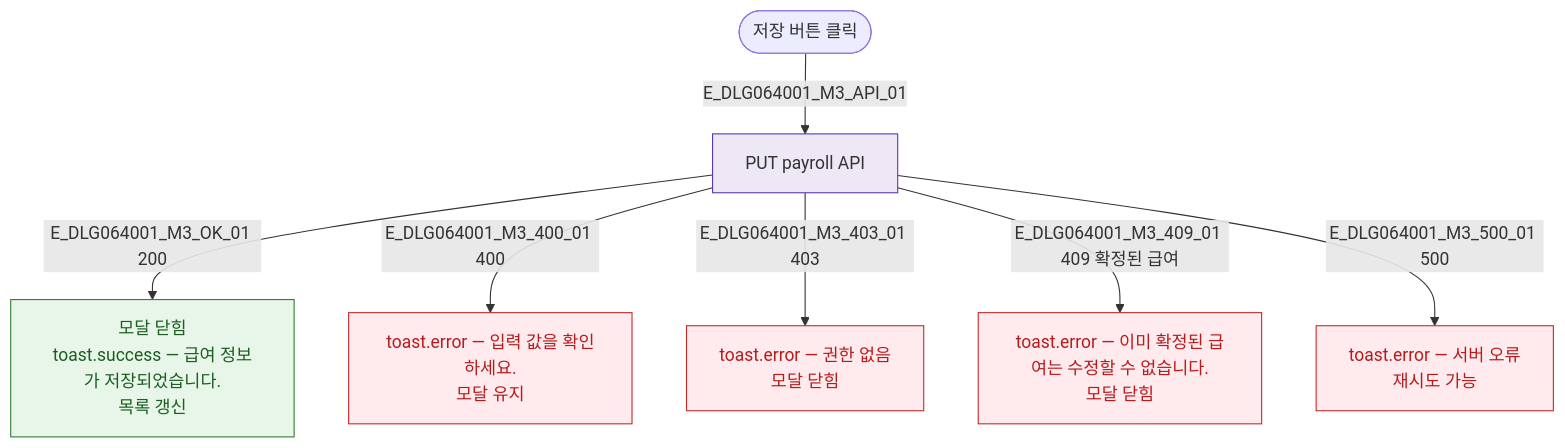
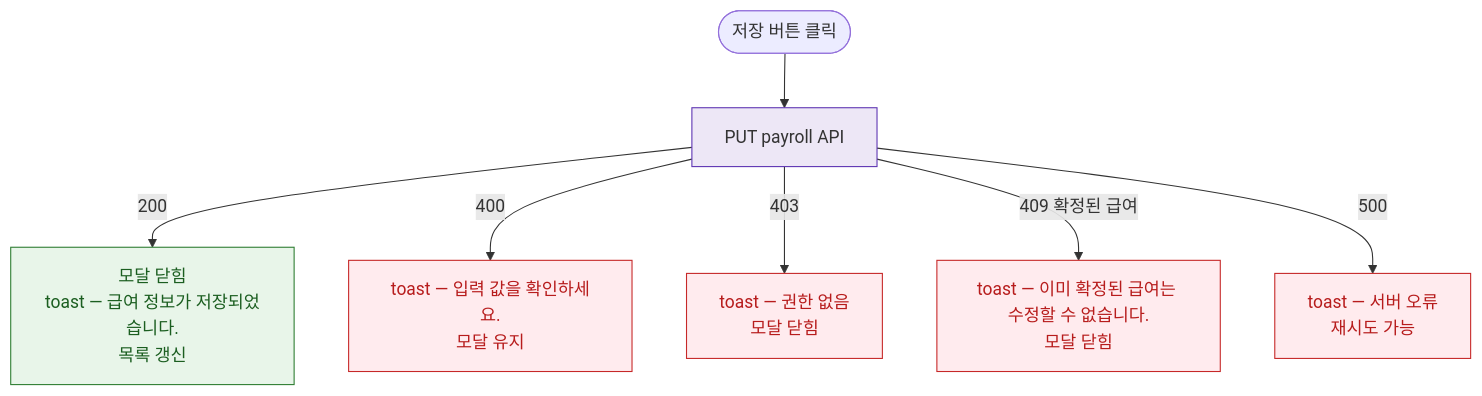
The diagram in docs/다이어그램/D07_직원관리/DLG/DLG-064-001/M3_결과분기.md (dev-spogym/admin-pando), drawn with Mermaid before and after one commit. The commit also changed other lines of this file and 1660 other files, not shown here.

First line of the commit message:
다이어그램: 기획자/클라이언트 납품본으로 정리

````diff
--- a/docs/다이어그램/D07_직원관리/DLG/DLG-064-001/M3_결과분기.md
+++ b/docs/다이어그램/D07_직원관리/DLG/DLG-064-001/M3_결과분기.md
@@ -14,19 +12,19 @@
 ```mermaid
 flowchart TD
   SUBMIT([저장 버튼 클릭])
-  SUBMIT -->|E_DLG064001_M3_API_01| API[PUT payroll API]
+  SUBMIT --> API[PUT payroll API]
 
-  API -->|E_DLG064001_M3_OK_01 200| SUCCESS[모달 닫힘\ntoast.success — 급여 정보가 저장되었습니다.\n목록 갱신]
-  API -->|E_DLG064001_M3_400_01 400| ERR_400[toast.error — 입력 값을 확인하세요.\n모달 유지]
-  API -->|E_DLG064001_M3_403_01 403| ERR_403[toast.error — 권한 없음\n모달 닫힘]
-  API -->|E_DLG064001_M3_409_01 409 확정된 급여| ERR_409[toast.error — 이미 확정된 급여는 수정할 수 없습니다.\n모달 닫힘]
-  API -->|E_DLG064001_M3_500_01 500| ERR_500[toast.error — 서버 오류\n재시도 가능]
+  API -->|200|SUCCESS[모달 닫힘\ntoast — 급여 정보가 저장되었습니다.\n목록 갱신]
+  API -->|400|ERR_400[toast — 입력 값을 확인하세요.\n모달 유지]
+  API -->|403|ERR_403[toast — 권한 없음\n모달 닫힘]
+  API -->|409 확정된 급여|ERR_409[toast — 이미 확정된 급여는 수정할 수 없습니다.\n모달 닫힘]
+  API -->|500|ERR_500[toast — 서버 오류\n재시도 가능]
 
   classDef success fill:#E8F5E9,stroke:#2E7D32,color:#1B5E20
-  classDef error   fill:#FFEBEE,stroke:#C62828,color:#B71C1C
-  classDef system  fill:#EDE7F6,stroke:#5E35B2
+  classDef error fill:#FFEBEE,stroke:#C62828,color:#B71C1C
+  classDef system fill:#EDE7F6,stroke:#5E35B2
 
   class SUCCESS success
   class ERR_400,ERR_403,ERR_409,ERR_500 error
   class API system
 ```
````
